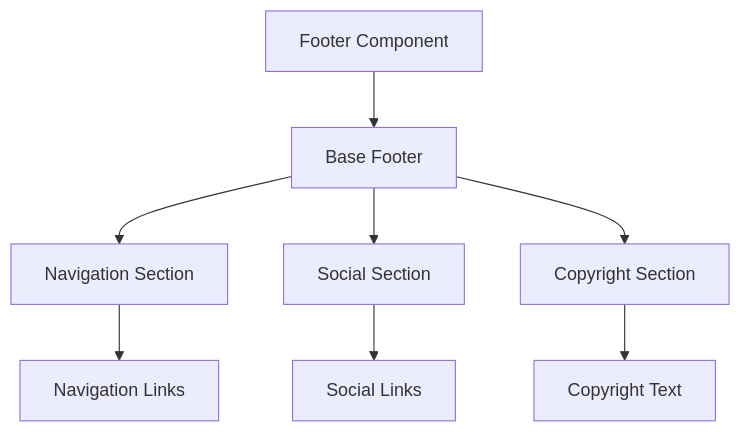
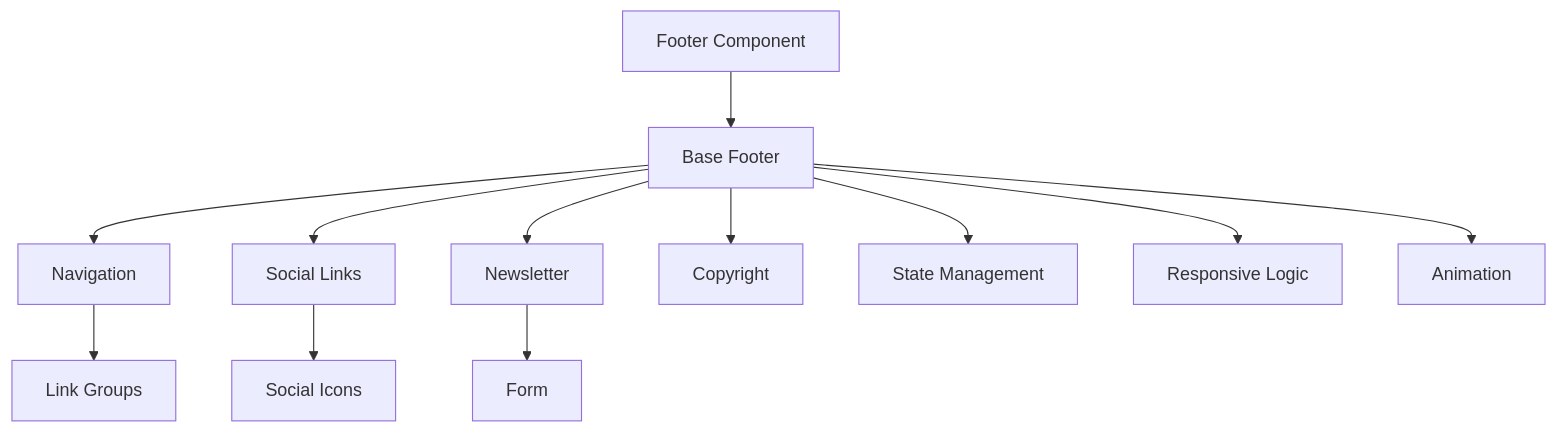
The first of 3 diagrams in DOCS/components/layout/Footer.md (gedeza/thrive-send), drawn with Mermaid before and after one commit. The commit also changed other lines of this file and 25 other files, not shown here.

````diff
--- a/DOCS/components/layout/Footer.md
+++ b/DOCS/components/layout/Footer.md
@@ -11,10 +20,16 @@
 ```mermaid
 graph TD
     A[Footer Component] --> B[Base Footer]
-    B --> C[Navigation Section]
-    B --> D[Social Section]
-    B --> E[Copyright Section]
-    C --> F[Navigation Links]
-    D --> G[Social Links]
-    E --> H[Copyright Text]
+    B --> C[Navigation]
+    B --> D[Social Links]
+    B --> E[Newsletter]
+    B --> F[Copyright]
+    
+    C --> G[Link Groups]
+    D --> H[Social Icons]
+    E --> I[Form]
+    
+    B --> J[State Management]
+    B --> K[Responsive Logic]
+    B --> L[Animation]
 ```
````
